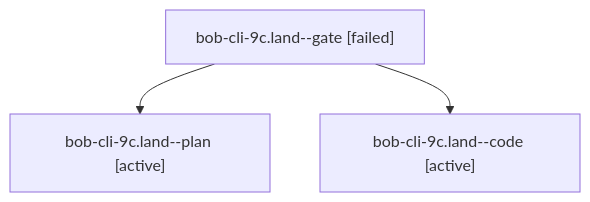
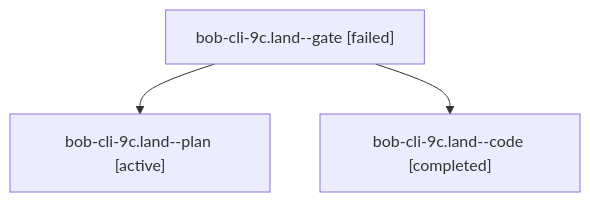
One commit to bobs-org/bob-cli--agents changed the diagram in sessions/bbugyi200.athena.bob-cli-9c.land.md. Above: the diagram before and after it, drawn with Mermaid. The commit also changed other lines of this file and 22 other files, not shown here.

````diff
--- a/sessions/bbugyi200.athena.bob-cli-9c.land.md
+++ b/sessions/bbugyi200.athena.bob-cli-9c.land.md
@@ -9,8 +9,8 @@
 ```mermaid
 flowchart TD
   n0["bob-cli-9c.land--gate [failed]"]
   n1["bob-cli-9c.land--plan [active]"]
   n0 --> n1
-  n2["bob-cli-9c.land--code [active]"]
+  n2["bob-cli-9c.land--code [completed]"]
   n0 --> n2
 ```
````
